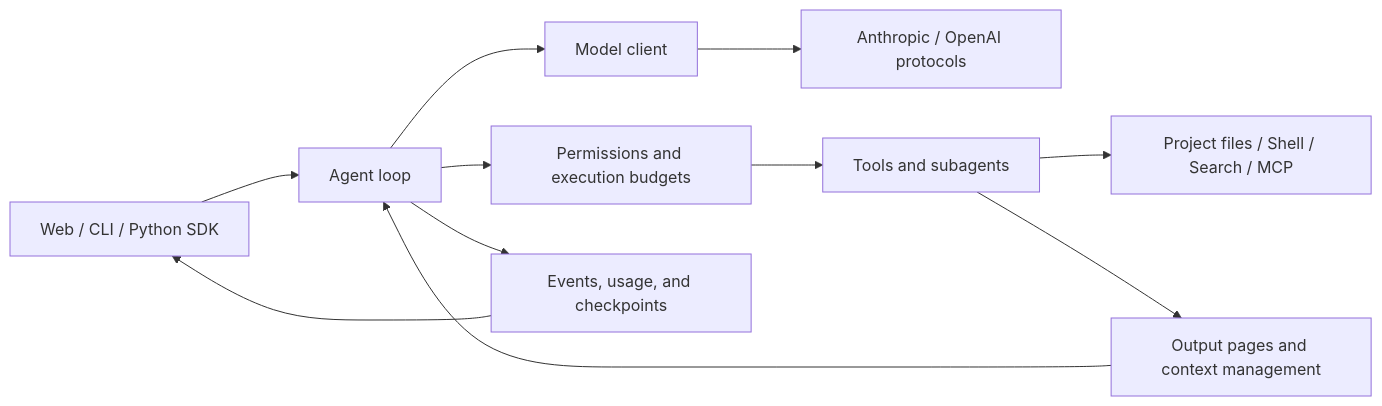
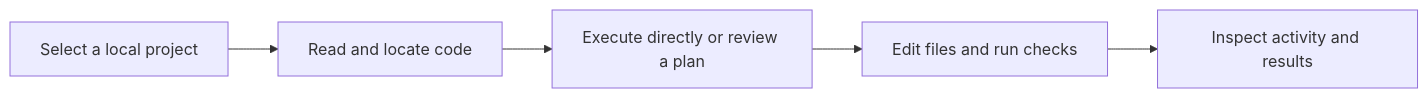
One commit to jerry021211/CodeWeft changed the diagram in README.en.md. Above: the diagram before and after it, drawn with Mermaid. The commit also changed other lines of this file and 21 other files, not shown here.

````diff
--- a/README.en.md
+++ b/README.en.md
@@ -120,13 +114,7 @@
 ```mermaid
 flowchart LR
-    U[Web / CLI / Python SDK] --> A[Agent loop]
-    A --> M[Model client]
-    M --> P[Anthropic / OpenAI protocols]
-    A --> G[Permissions and execution budgets]
-    G --> T[Tools and subagents]
-    T --> W[Project files / Shell / Search / MCP]
-    T --> C[Output pages and context management]
-    C --> A
-    A --> E[Events, usage, and checkpoints]
-    E --> U
+    A[Select a local project] --> B[Read and locate code]
+    B --> C[Execute directly or review a plan]
+    C --> D[Edit files and run checks]
+    D --> E[Inspect activity and results]
 ```
````
